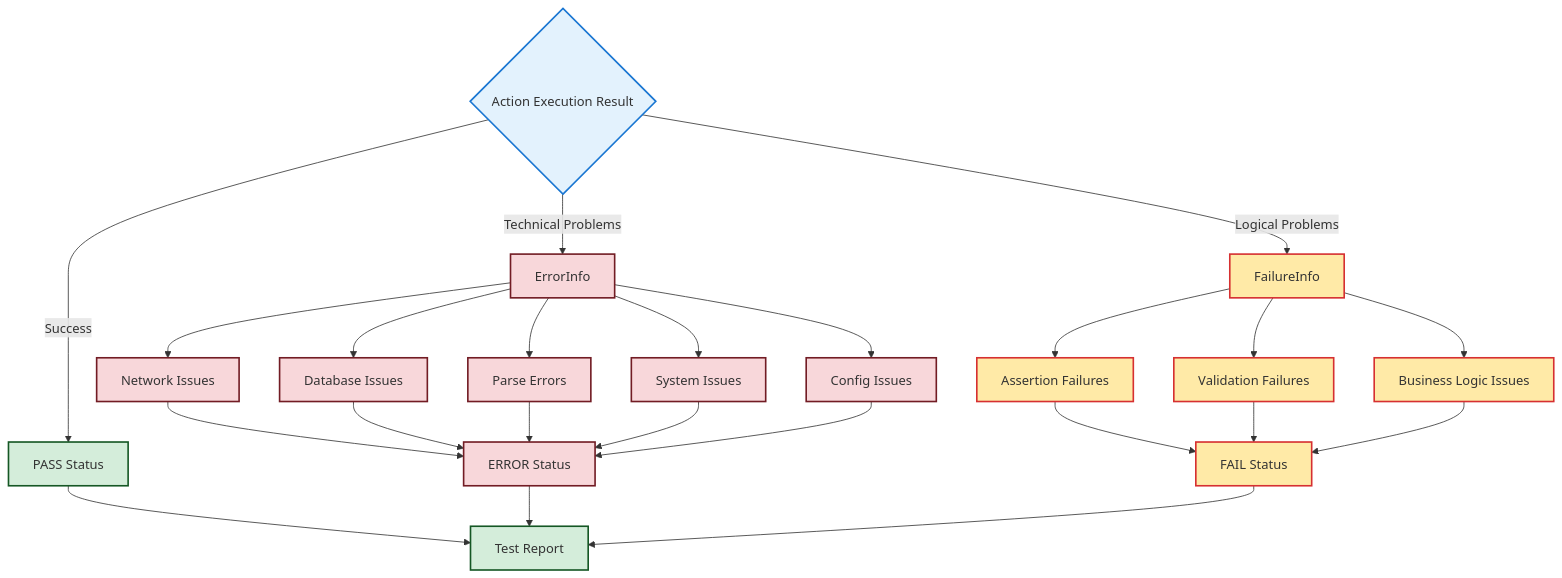
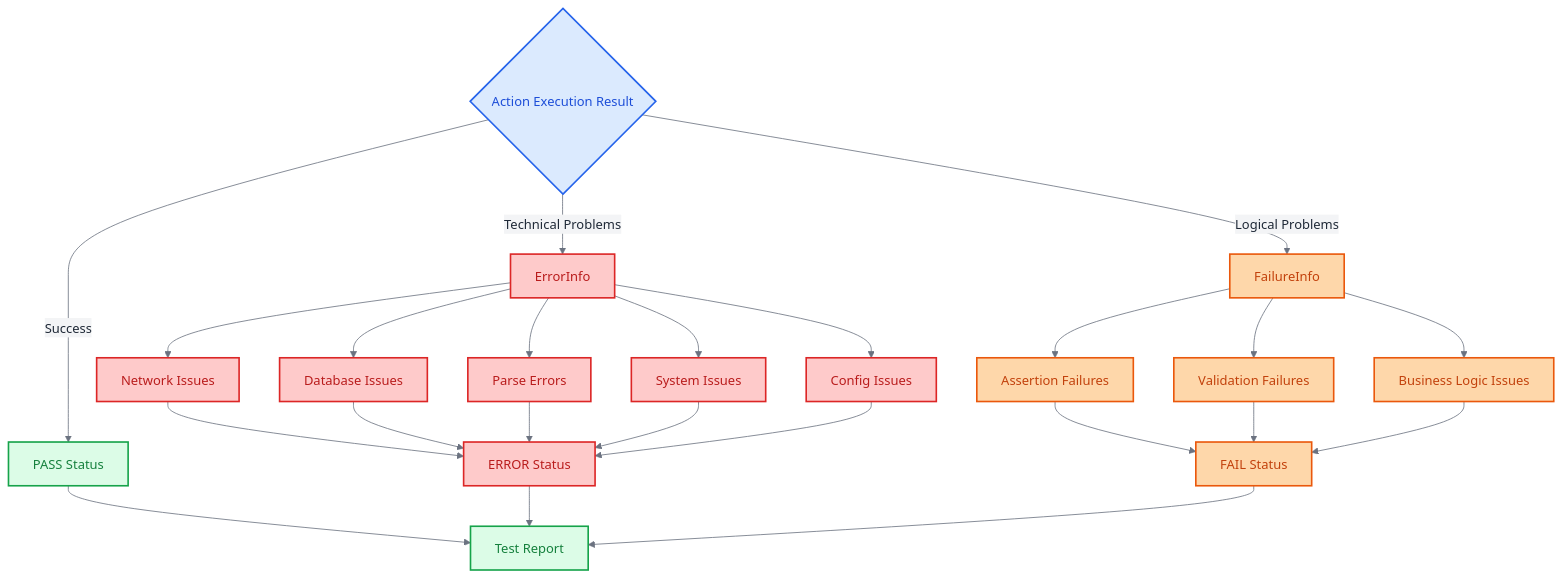
The second of 3 diagrams in docs/error-failure-states-diagram.md (JianLoong/robogo), drawn with Mermaid before and after one commit. The commit also changed other lines of this file and 9 other files, not shown here.

First line of the commit message:
docs: Add comprehensive architecture diagrams and documentation structure

````diff
--- a/docs/error-failure-states-diagram.md
+++ b/docs/error-failure-states-diagram.md
@@ -37,42 +52,57 @@
 ```mermaid
+%%{init: {
+  'theme': 'base',
+  'themeVariables': {
+    'primaryColor': '#2563eb',
+    'primaryTextColor': '#1f2937',
+    'primaryBorderColor': '#3b82f6',
+    'lineColor': '#6b7280',
+    'secondaryColor': '#f3f4f6',
+    'tertiaryColor': '#e5e7eb',
+    'background': '#ffffff',
+    'mainBkg': '#f9fafb',
+    'secondBkg': '#f3f4f6',
+    'tertiaryBkg': '#e5e7eb'
+  }
+}}%%
 flowchart TD
     ActionResult{Action Execution Result}
     
     ActionResult --> |Success| Pass[PASS Status]
     ActionResult --> |Technical Problems| ErrorInfo[ErrorInfo]
     ActionResult --> |Logical Problems| FailureInfo[FailureInfo]
     
     ErrorInfo --> NetworkErr[Network Issues]
     ErrorInfo --> DatabaseErr[Database Issues]
     ErrorInfo --> ParseErr[Parse Errors]
     ErrorInfo --> SystemErr[System Issues]
     ErrorInfo --> ConfigErr[Config Issues]
     
     FailureInfo --> AssertErr[Assertion Failures]
     FailureInfo --> ValidErr[Validation Failures]  
     FailureInfo --> BusinessErr[Business Logic Issues]
     
     NetworkErr --> ErrorStatus[ERROR Status]
     DatabaseErr --> ErrorStatus
     ParseErr --> ErrorStatus
     SystemErr --> ErrorStatus
     ConfigErr --> ErrorStatus
     
     AssertErr --> FailStatus[FAIL Status]
     ValidErr --> FailStatus
     BusinessErr --> FailStatus
     
     Pass --> Report[Test Report]
     ErrorStatus --> Report
     FailStatus --> Report
     
-    classDef successStyle fill:#d4edda,stroke:#155724,stroke-width:2px
-    classDef errorStyle fill:#f8d7da,stroke:#721c24,stroke-width:2px
-    classDef failureStyle fill:#ffeaa7,stroke:#d63031,stroke-width:2px
-    classDef processStyle fill:#e3f2fd,stroke:#1976d2,stroke-width:2px
+    classDef successStyle fill:#dcfce7,stroke:#16a34a,stroke-width:2px,color:#15803d
+    classDef errorStyle fill:#fecaca,stroke:#dc2626,stroke-width:2px,color:#b91c1c
+    classDef failureStyle fill:#fed7aa,stroke:#ea580c,stroke-width:2px,color:#c2410c
+    classDef processStyle fill:#dbeafe,stroke:#2563eb,stroke-width:2px,color:#1d4ed8
     
     class Pass,Report successStyle
     class ErrorInfo,NetworkErr,DatabaseErr,ParseErr,SystemErr,ConfigErr,ErrorStatus errorStyle
     class FailureInfo,AssertErr,ValidErr,BusinessErr,FailStatus failureStyle
     class ActionResult processStyle
 ```
````
